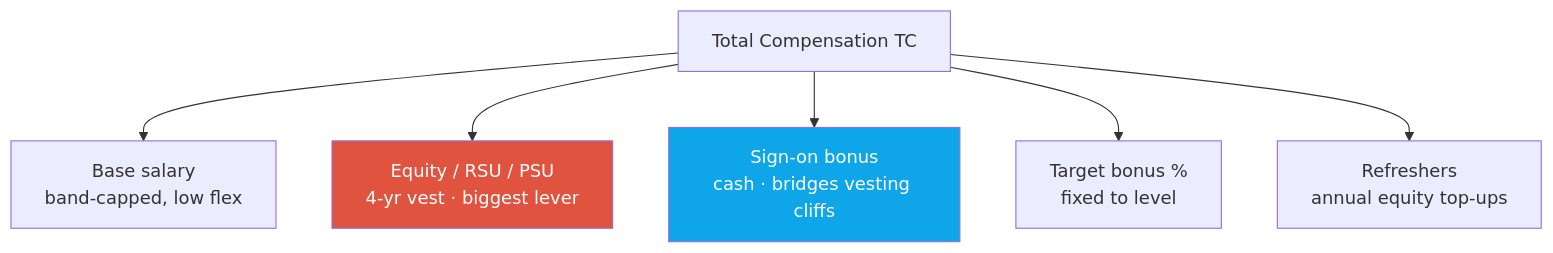
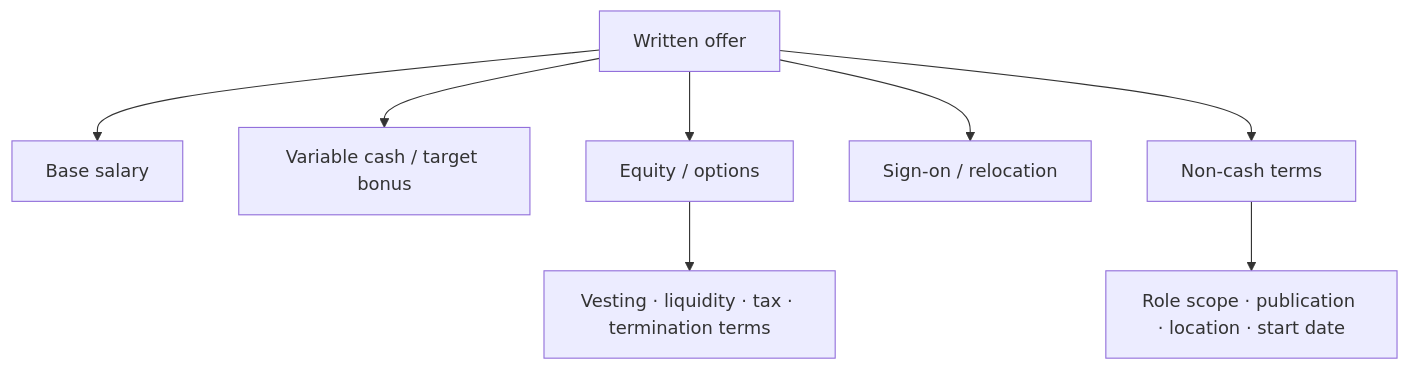
Before and after one commit to beomyoung-kim/ml_study: the first of 2 diagrams in content/process/negotiation.md, drawn with Mermaid. The commit also changed other lines of this file and 209 other files, not shown here.

````diff
--- a/content/process/negotiation.md
+++ b/content/process/negotiation.md
@@ -26,10 +27,10 @@
 ```mermaid
 flowchart TD
-  TC[Total Compensation TC] --> B[Base salary<br/>band-capped, low flex]
-  TC --> E[Equity / RSU / PSU<br/>4-yr vest · biggest lever]
-  TC --> S[Sign-on bonus<br/>cash · bridges vesting cliffs]
-  TC --> BO[Target bonus %<br/>fixed to level]
-  TC --> R[Refreshers<br/>annual equity top-ups]
-  style E fill:#e0533f,color:#fff
-  style S fill:#0ea5e9,color:#fff
+  O[Written offer] --> B[Base salary]
+  O --> V[Variable cash / target bonus]
+  O --> E[Equity / options]
+  O --> S[Sign-on / relocation]
+  O --> N[Non-cash terms]
+  E --> T[Vesting · liquidity · tax · termination terms]
+  N --> P[Role scope · publication · location · start date]
 ```
````
